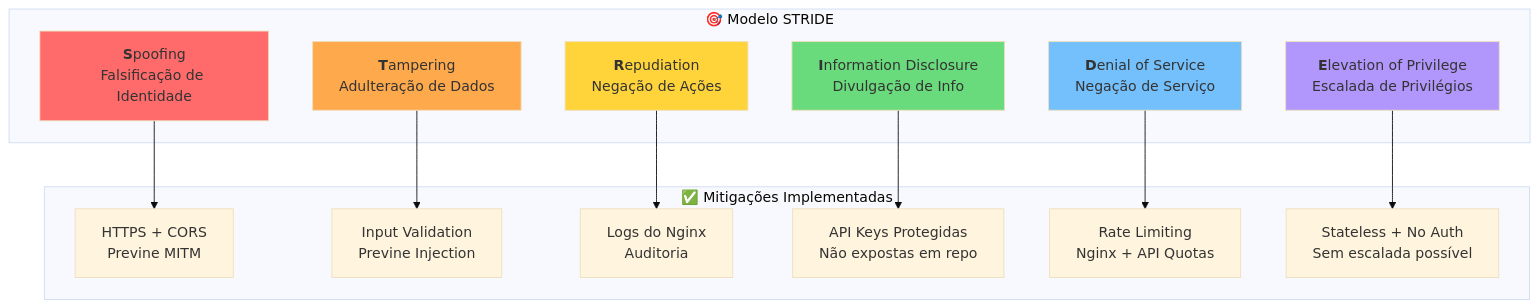
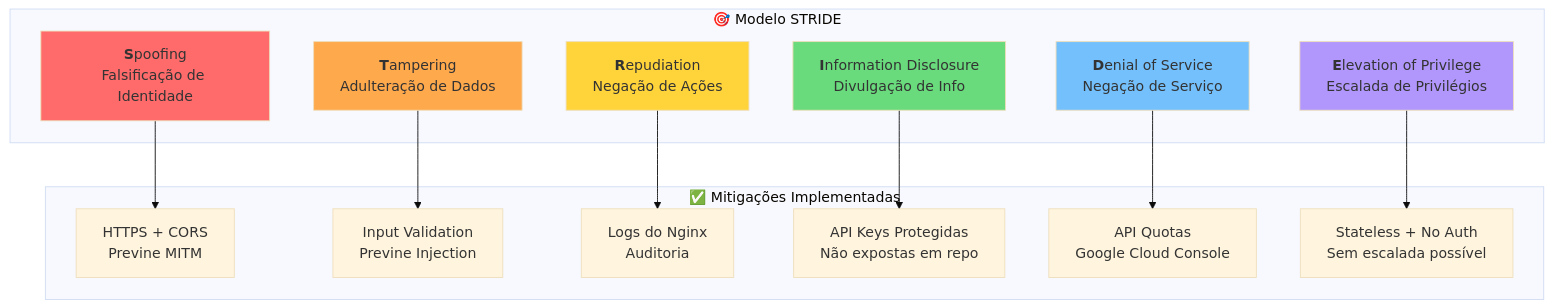
Before and after one commit to AlexandreMendesISCTE/Projeto-de-Arquitetura-e-Desenho-de-Software: the tenth of 13 diagrams in docs/ARCHITECTURE_SECURITY.md, drawn with Mermaid (base theme). The commit also changed other lines of this file and 1 other file, not shown here.

Commit message:
diagrama de classes e google maps service updated

````diff
--- a/docs/ARCHITECTURE_SECURITY.md
+++ b/docs/ARCHITECTURE_SECURITY.md
@@ -394,34 +397,34 @@
 ```mermaid
 flowchart TB
     subgraph STRIDE["🎯 Modelo STRIDE"]
         S["<b>S</b>poofing<br/>Falsificação de Identidade"]
         T["<b>T</b>ampering<br/>Adulteração de Dados"]
         R["<b>R</b>epudiation<br/>Negação de Ações"]
         I["<b>I</b>nformation Disclosure<br/>Divulgação de Info"]
         D["<b>D</b>enial of Service<br/>Negação de Serviço"]
         E["<b>E</b>levation of Privilege<br/>Escalada de Privilégios"]
     end
 
     subgraph Mitigations["✅ Mitigações Implementadas"]
         M1["HTTPS + CORS<br/>Previne MITM"]
         M2["Input Validation<br/>Previne Injection"]
         M3["Logs do Nginx<br/>Auditoria"]
         M4["API Keys Protegidas<br/>Não expostas em repo"]
-        M5["Rate Limiting<br/>Nginx + API Quotas"]
+        M5["API Quotas<br/>Google Cloud Console"]
         M6["Stateless + No Auth<br/>Sem escalada possível"]
     end
 
     S --> M1
     T --> M2
     R --> M3
     I --> M4
     D --> M5
     E --> M6
 
     style S fill:#ff6b6b
     style T fill:#ffa94d
     style R fill:#ffd43b
     style I fill:#69db7c
     style D fill:#74c0fc
     style E fill:#b197fc
 ```
````
